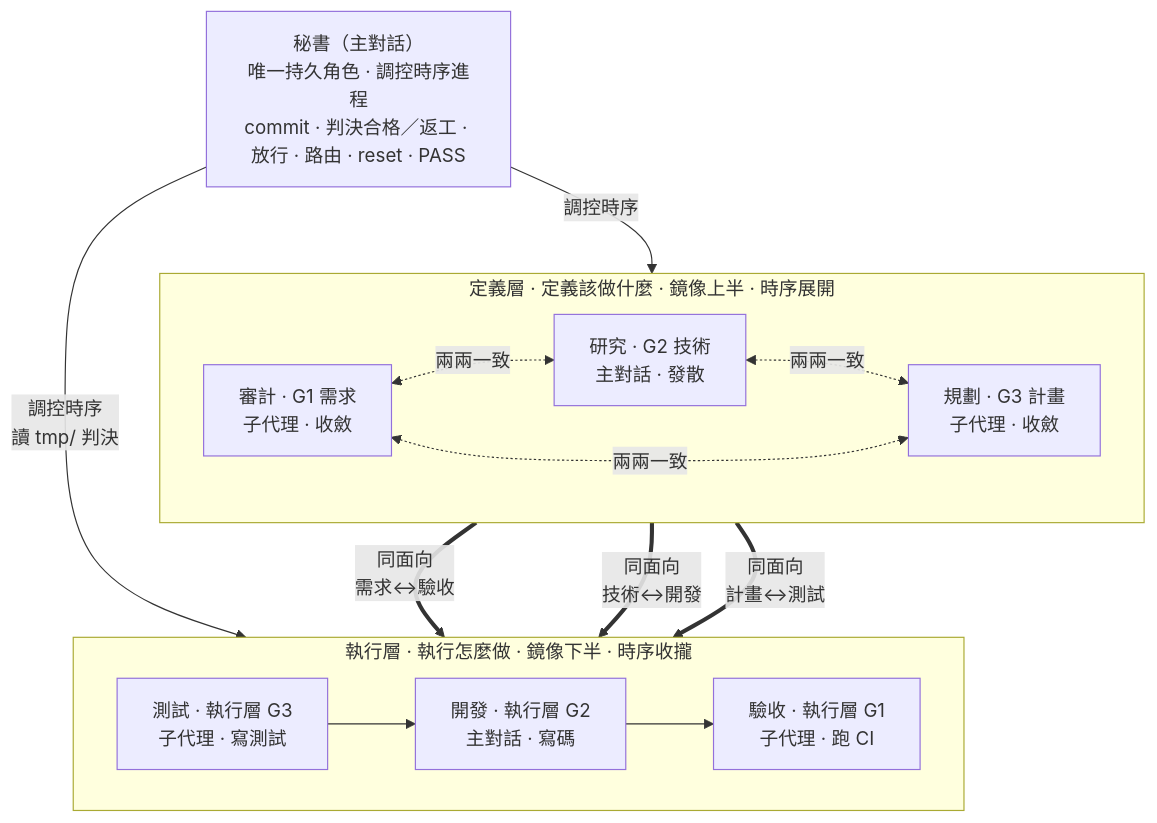
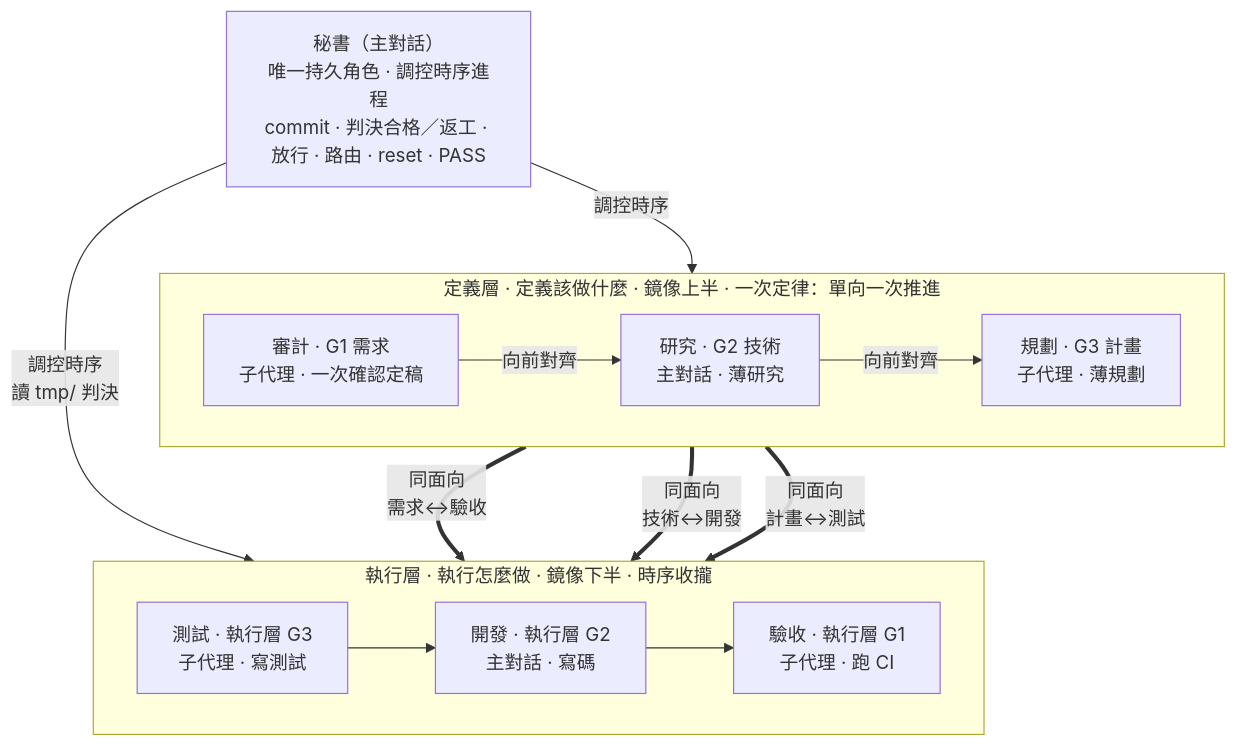
Before and after one commit to teps3105/shiftblame: the fourth of 8 diagrams in skills/shiftblame/SKILL.md, drawn with Mermaid. The commit also changed other lines of this file and 15 other files, not shown here.

````diff
--- a/skills/shiftblame/SKILL.md
+++ b/skills/shiftblame/SKILL.md
@@ -209,20 +208,19 @@
 ```mermaid
 flowchart TB
     SEC["秘書（主對話）<br/>唯一持久角色 · 調控時序進程<br/>commit · 判決合格／返工 · 放行 · 路由 · reset · PASS"]
-    subgraph Consult["定義層 · 定義該做什麼 · 鏡像上半 · 時序展開"]
+    subgraph Consult["定義層 · 定義該做什麼 · 鏡像上半 · 一次定律：單向一次推進"]
         direction LR
-        G1["審計 · G1 需求<br/>子代理 · 收斂"] <-.兩兩一致.-> G2["研究 · G2 技術<br/>主對話 · 發散"]
-        G2 <-.兩兩一致.-> G3["規劃 · G3 計畫<br/>子代理 · 收斂"]
-        G3 <-.兩兩一致.-> G1
+        G1["審計 · G1 需求<br/>子代理 · 一次確認定稿"] -->|向前對齊| G2["研究 · G2 技術<br/>主對話 · 薄研究"]
+        G2 -->|向前對齊| G3["規劃 · G3 計畫<br/>子代理 · 薄規劃"]
     end
     subgraph Build["執行層 · 執行怎麼做 · 鏡像下半 · 時序收攏"]
         direction LR
         TST["測試 · 執行層 G3<br/>子代理 · 寫測試"] --> DEV["開發 · 執行層 G2<br/>主對話 · 寫碼"]
         DEV --> ACC["驗收 · 執行層 G1<br/>子代理 · 跑 CI"]
     end
     SEC -- 調控時序 --> Consult
     SEC -- 調控時序<br/>讀 tmp/ 判決 --> Build
     G1 == "同面向<br/>需求↔驗收" ==> ACC
     G2 == "同面向<br/>技術↔開發" ==> DEV
     G3 == "同面向<br/>計畫↔測試" ==> TST
 ```
````
